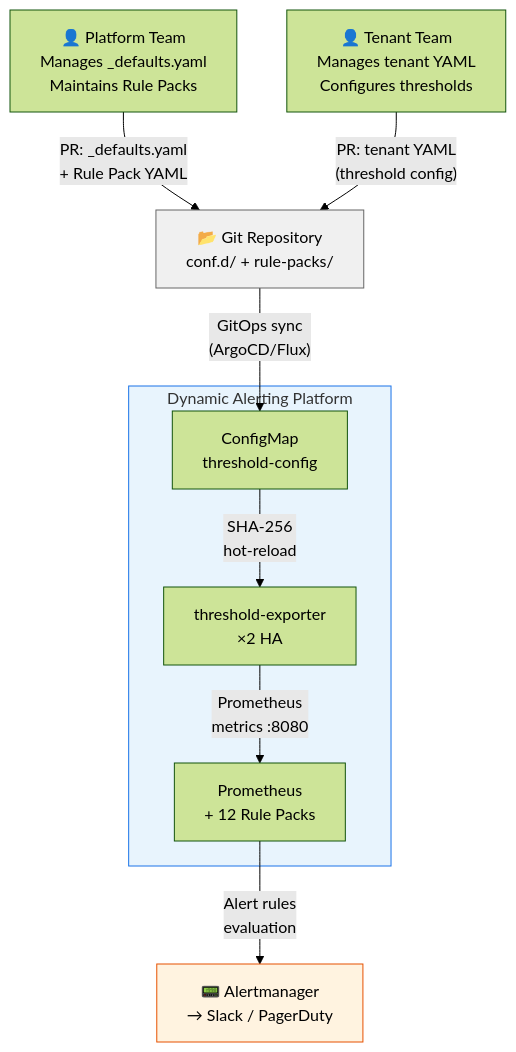
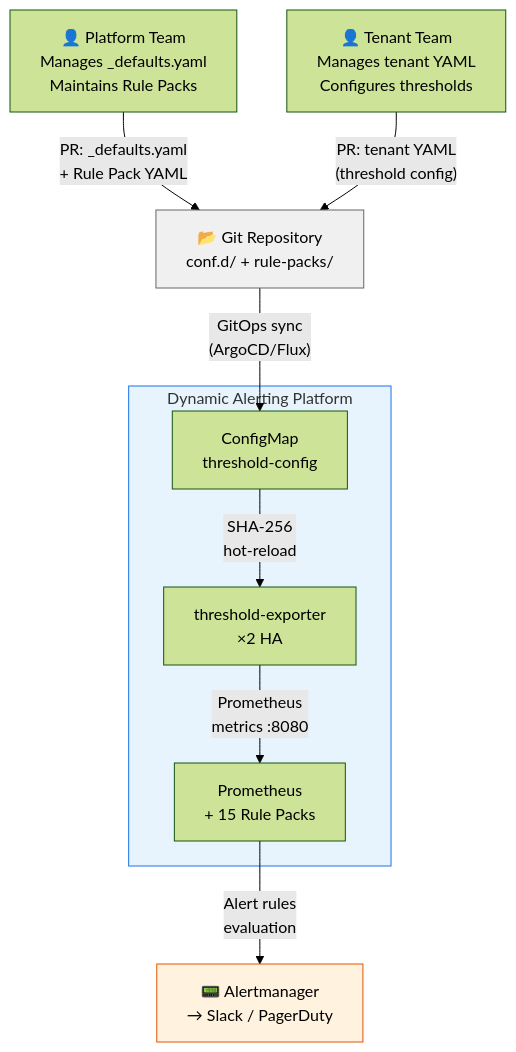
Before and after one commit to vencil/Dynamic-Alerting-Integrations: the first of 4 diagrams in docs/architecture-and-design.en.md, drawn with Mermaid (forest theme). The commit also changed other lines of this file and 177 other files, not shown here.

````diff
--- a/docs/architecture-and-design.en.md
+++ b/docs/architecture-and-design.en.md
@@ -30,25 +42,25 @@
 ```mermaid
 graph TB
     PT["👤 Platform Team<br/>Manages _defaults.yaml<br/>Maintains Rule Packs"]
     TT["👤 Tenant Team<br/>Manages tenant YAML<br/>Configures thresholds"]
     Git["📂 Git Repository<br/>conf.d/ + rule-packs/"]
 
     subgraph DAP["Dynamic Alerting Platform"]
         TE["threshold-exporter<br/>×2 HA"]
-        PM["Prometheus<br/>+ 12 Rule Packs"]
+        PM["Prometheus<br/>+ 15 Rule Packs"]
         CM["ConfigMap<br/>threshold-config"]
     end
 
     AM["📟 Alertmanager<br/>→ Slack / PagerDuty"]
 
     PT -->|"PR: _defaults.yaml<br/>+ Rule Pack YAML"| Git
     TT -->|"PR: tenant YAML<br/>(threshold config)"| Git
     Git -->|"GitOps sync<br/>(ArgoCD/Flux)"| CM
     CM -->|"SHA-256<br/>hot-reload"| TE
     TE -->|"Prometheus<br/>metrics :8080"| PM
     PM -->|"Alert rules<br/>evaluation"| AM
 
     style DAP fill:#e8f4fd,stroke:#1a73e8
     style Git fill:#f0f0f0,stroke:#666
     style AM fill:#fff3e0,stroke:#e65100
 ```
````
